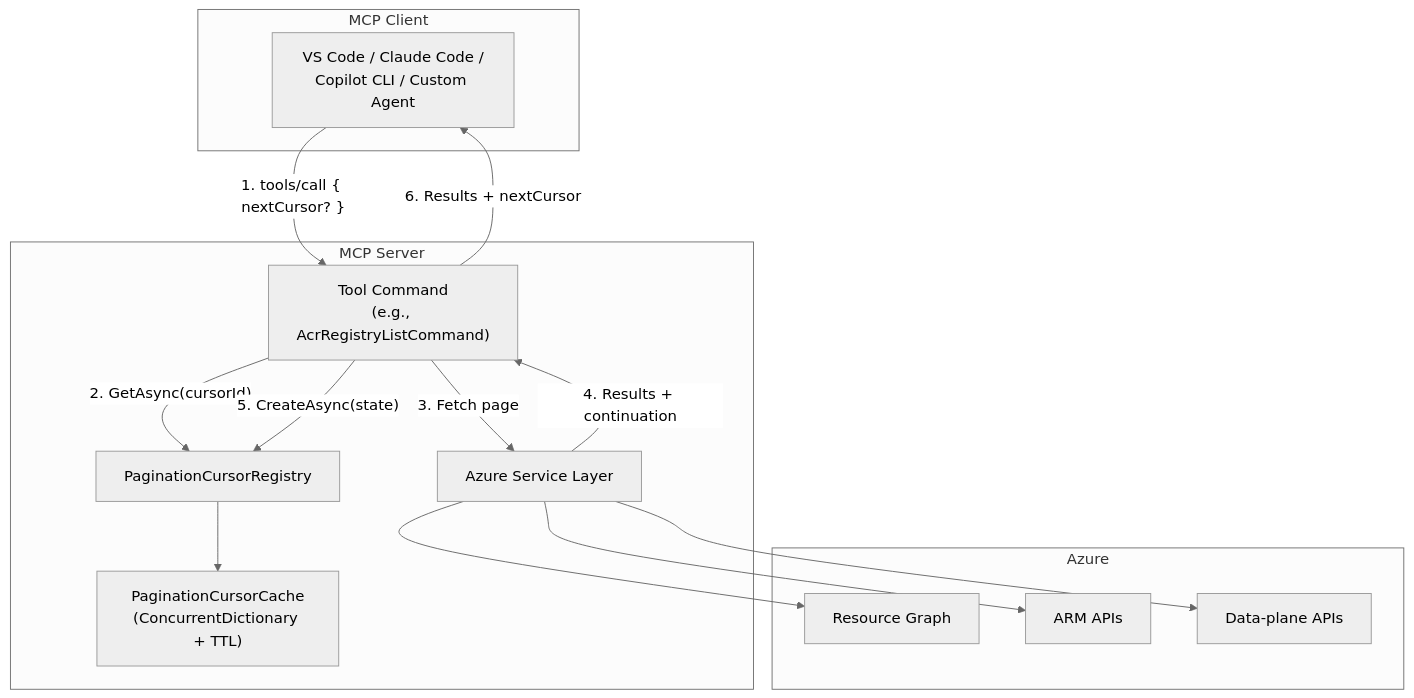
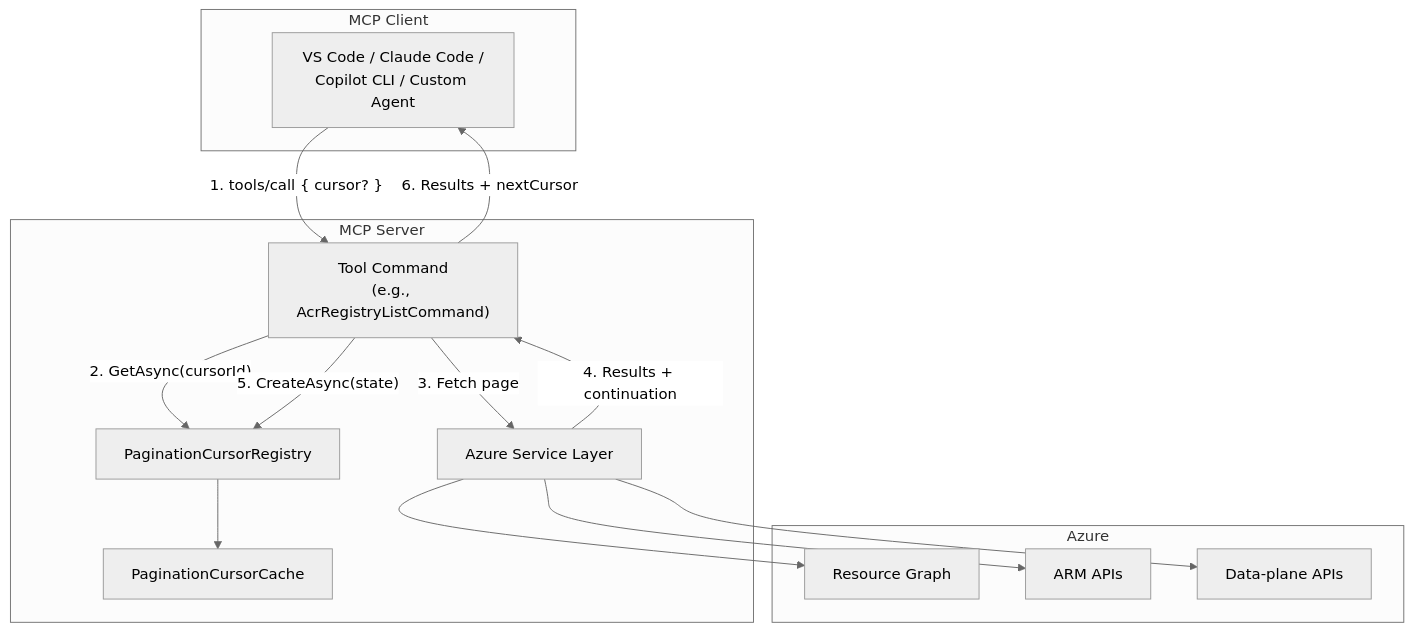
One commit to srnagar/mcp changed the first of 4 diagrams in docs/design/pagination-design-proposal.md. Above: the diagram before and after it, drawn with Mermaid (neutral theme). The commit also changed other lines of this file and 23 other files, not shown here.

````diff
--- a/docs/design/pagination-design-proposal.md
+++ b/docs/design/pagination-design-proposal.md
@@ -62,28 +64,28 @@
 ```mermaid
 graph TB
     subgraph Client["MCP Client"]
         VS["VS Code / Claude Code /<br/>Copilot CLI / Custom Agent"]
     end
 
     subgraph Server["MCP Server"]
         TC["Tool Command<br/>(e.g., AcrRegistryListCommand)"]
         PCR["PaginationCursorRegistry"]
-        PCC["PaginationCursorCache<br/>(ConcurrentDictionary + TTL)"]
+        PCC["PaginationCursorCache"]
         SVC["Azure Service Layer"]
     end
 
     subgraph Azure["Azure"]
         ARG["Resource Graph"]
         ARM["ARM APIs"]
         DP["Data-plane APIs"]
     end
 
-    VS -->|"1. tools/call { nextCursor? }"| TC
+    VS -->|"1. tools/call { cursor? }"| TC
     TC -->|"2. GetAsync(cursorId)"| PCR
     PCR --> PCC
     TC -->|"3. Fetch page"| SVC
     SVC --> ARG & ARM & DP
     SVC -->|"4. Results + continuation"| TC
     TC -->|"5. CreateAsync(state)"| PCR
     TC -->|"6. Results + nextCursor"| VS
 ```
````
